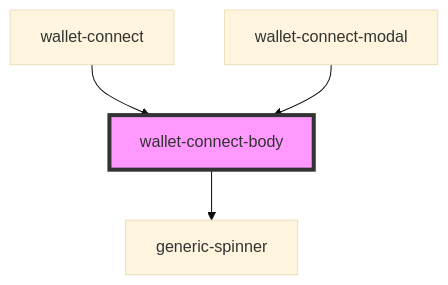
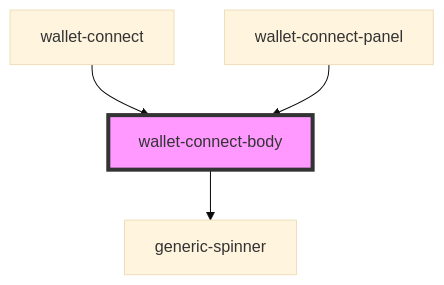
Before and after one commit to multiversx/mx-sdk-dapp-ui: the diagram in src/components/functional/wallet-connect-components/components/readme.md, drawn with Mermaid (base theme). The commit also changed other lines of this file and 5 other files, not shown here.

````diff
--- a/src/components/functional/wallet-connect-components/components/readme.md
+++ b/src/components/functional/wallet-connect-components/components/readme.md
@@ -28,7 +28,7 @@
 ```mermaid
 graph TD;
   wallet-connect-body --> generic-spinner
   wallet-connect --> wallet-connect-body
-  wallet-connect-modal --> wallet-connect-body
+  wallet-connect-panel --> wallet-connect-body
   style wallet-connect-body fill:#f9f,stroke:#333,stroke-width:4px
 ```
````
